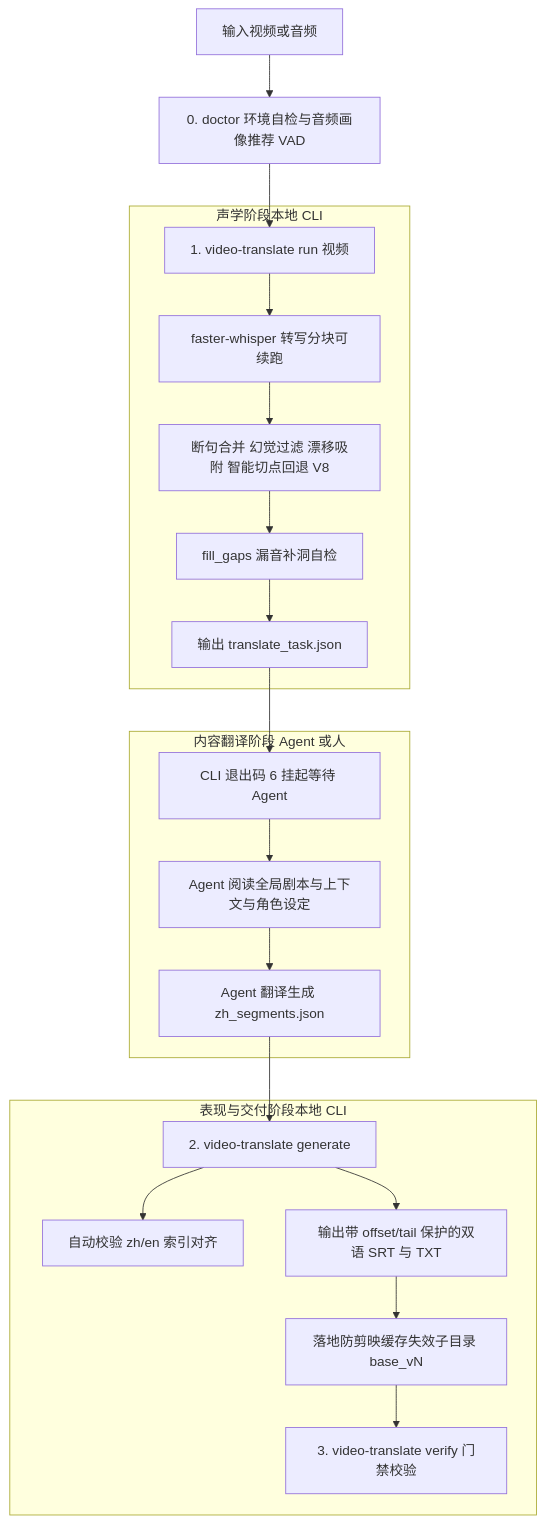
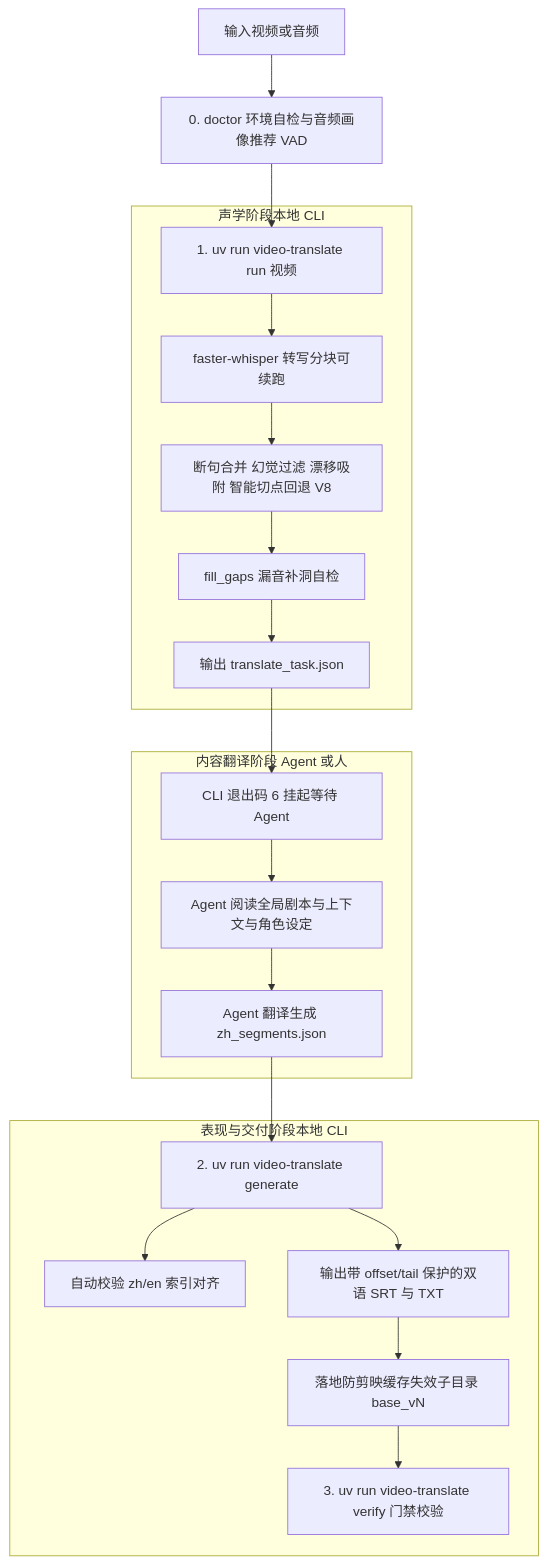
One commit to brosnan2800/video-translate changed the diagram in README.md. Above: the diagram before and after it, drawn with Mermaid. The commit also changed other lines of this file and 18 other files, not shown here.

````diff
--- a/README.md
+++ b/README.md
@@ -22,27 +38,27 @@
 ```mermaid
 flowchart TD
     Video[输入视频或音频] --> Doctor[0. doctor 环境自检与音频画像推荐 VAD]
-    Doctor --> Run[1. video-translate run 视频]
+    Doctor --> Run[1. uv run video-translate run 视频]
 
     subgraph Acoustic [声学阶段本地 CLI]
         Run --> Transcribe[faster-whisper 转写分块可续跑]
         Transcribe --> Merge[断句合并 幻觉过滤 漂移吸附 智能切点回退 V8]
         Merge --> FillGaps[fill_gaps 漏音补洞自检]
         FillGaps --> TaskOut[输出 translate_task.json]
     end
 
     TaskOut --> Exit6[CLI 退出码 6 挂起等待 Agent]
 
     subgraph AgentBrain [内容翻译阶段 Agent 或人]
         Exit6 --> AgentRead[Agent 阅读全局剧本与上下文与角色设定]
         AgentRead --> AgentTranslate[Agent 翻译生成 zh_segments.json]
     end
 
     subgraph Presentation [表现与交付阶段本地 CLI]
-        AgentTranslate --> Generate[2. video-translate generate]
+        AgentTranslate --> Generate[2. uv run video-translate generate]
         Generate --> AlignCheck[自动校验 zh/en 索引对齐]
         Generate --> Render[输出带 offset/tail 保护的双语 SRT 与 TXT]
         Render --> VersionDir[落地防剪映缓存失效子目录 base_vN]
-        VersionDir --> Verify[3. video-translate verify 门禁校验]
+        VersionDir --> Verify[3. uv run video-translate verify 门禁校验]
     end
 ```
````
